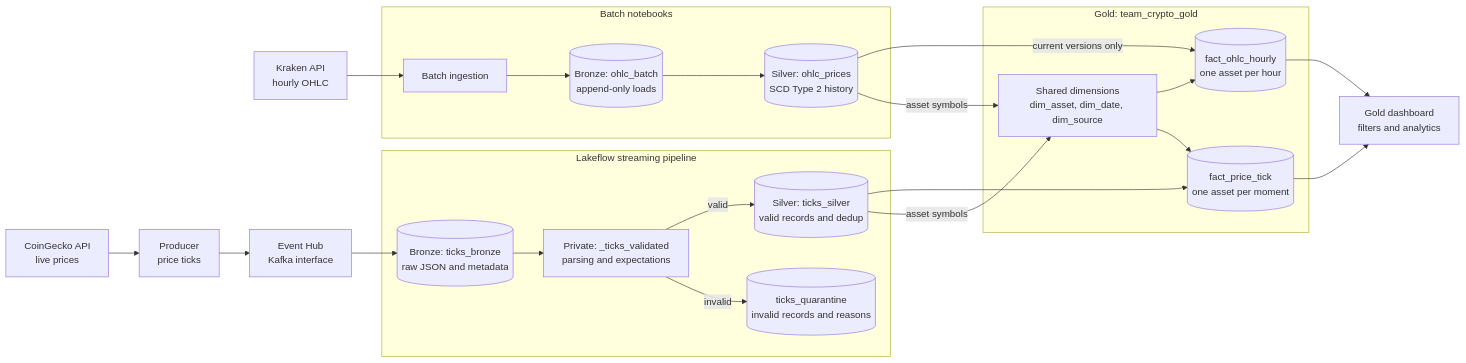
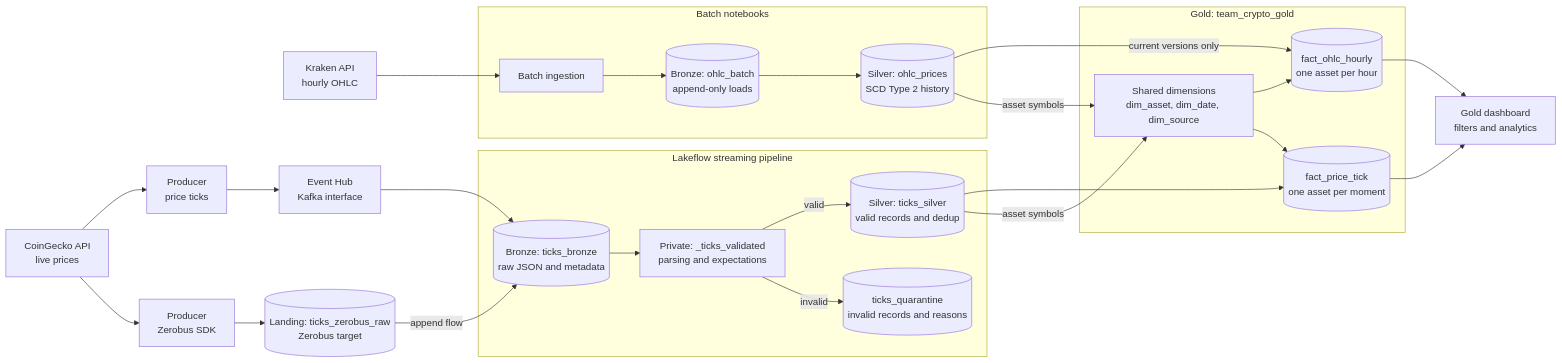
The first of 3 diagrams in README.md (kkllppll/crypto-demo), drawn with Mermaid before and after one commit. The commit also changed other lines of this file, not shown here.

Commit message:
added zerobus to readme

````diff
--- a/README.md
+++ b/README.md
@@ -6,42 +6,45 @@
 ```mermaid
   flowchart LR
     K["Kraken API<br/>hourly OHLC"]
     C["CoinGecko API<br/>live prices"]
     P["Producer<br/>price ticks"]
     E["Event Hub<br/>Kafka interface"]
+    PZ["Producer<br/>Zerobus SDK"]
+    ZR[("Landing: ticks_zerobus_raw<br/>Zerobus target")]
 
     subgraph BATCH["Batch notebooks"]
         BI["Batch ingestion"]
         BB[("Bronze: ohlc_batch<br/>append-only loads")]
         BS[("Silver: ohlc_prices<br/>SCD Type 2 history")]
         BI --> BB --> BS
     end
 
     subgraph LF["Lakeflow streaming pipeline"]
         SB[("Bronze: ticks_bronze<br/>raw JSON and metadata")]
         V["Private: _ticks_validated<br/>parsing and expectations"]
         SS[("Silver: ticks_silver<br/>valid records and dedup")]
         Q[("ticks_quarantine<br/>invalid records and reasons")]
         SB --> V
         V -->|valid| SS
         V -->|invalid| Q
     end
 
     subgraph GOLD["Gold: team_crypto_gold"]
         D["Shared dimensions<br/>dim_asset, dim_date, dim_source"]
         FO[("fact_ohlc_hourly<br/>one asset per hour")]
         FT[("fact_price_tick<br/>one asset per moment")]
         D --> FO
         D --> FT
     end
 
     DASH["Gold dashboard<br/>filters and analytics"]
     K --> BI
     C --> P --> E --> SB
+    C --> PZ --> ZR -->|append flow| SB
     BS -->|current versions only| FO
     SS --> FT
     BS -->|asset symbols| D
     SS -->|asset symbols| D
     FO --> DASH
     FT --> DASH
 ```
````
